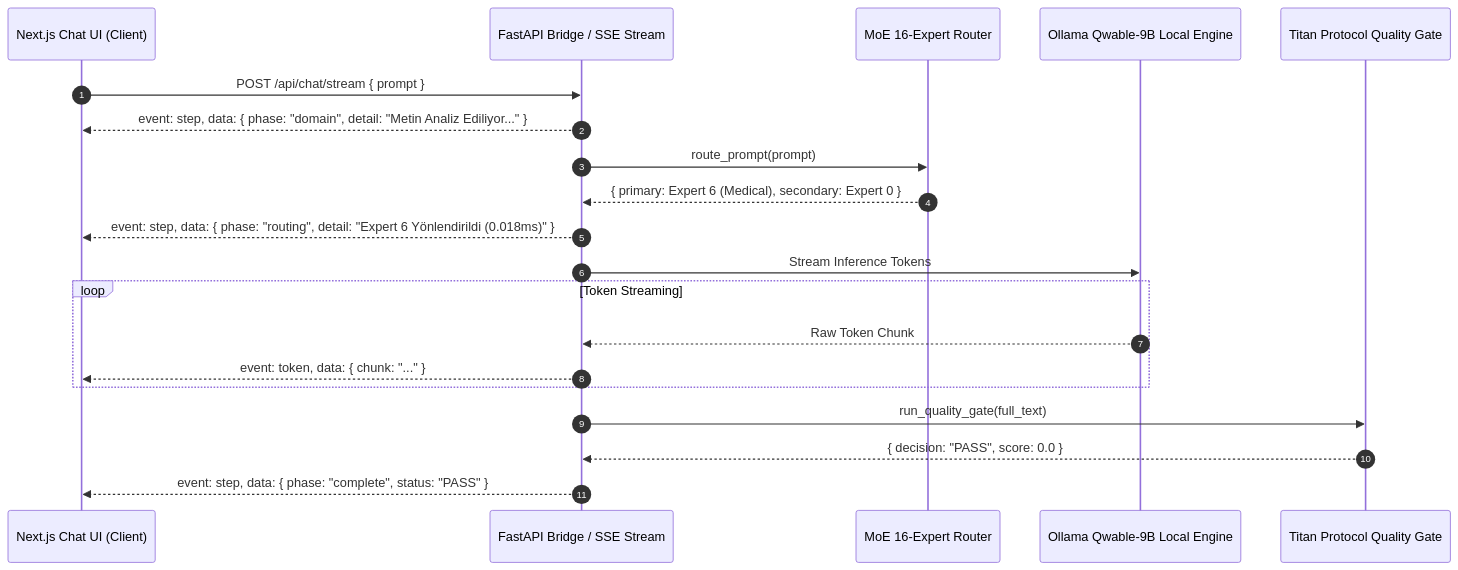
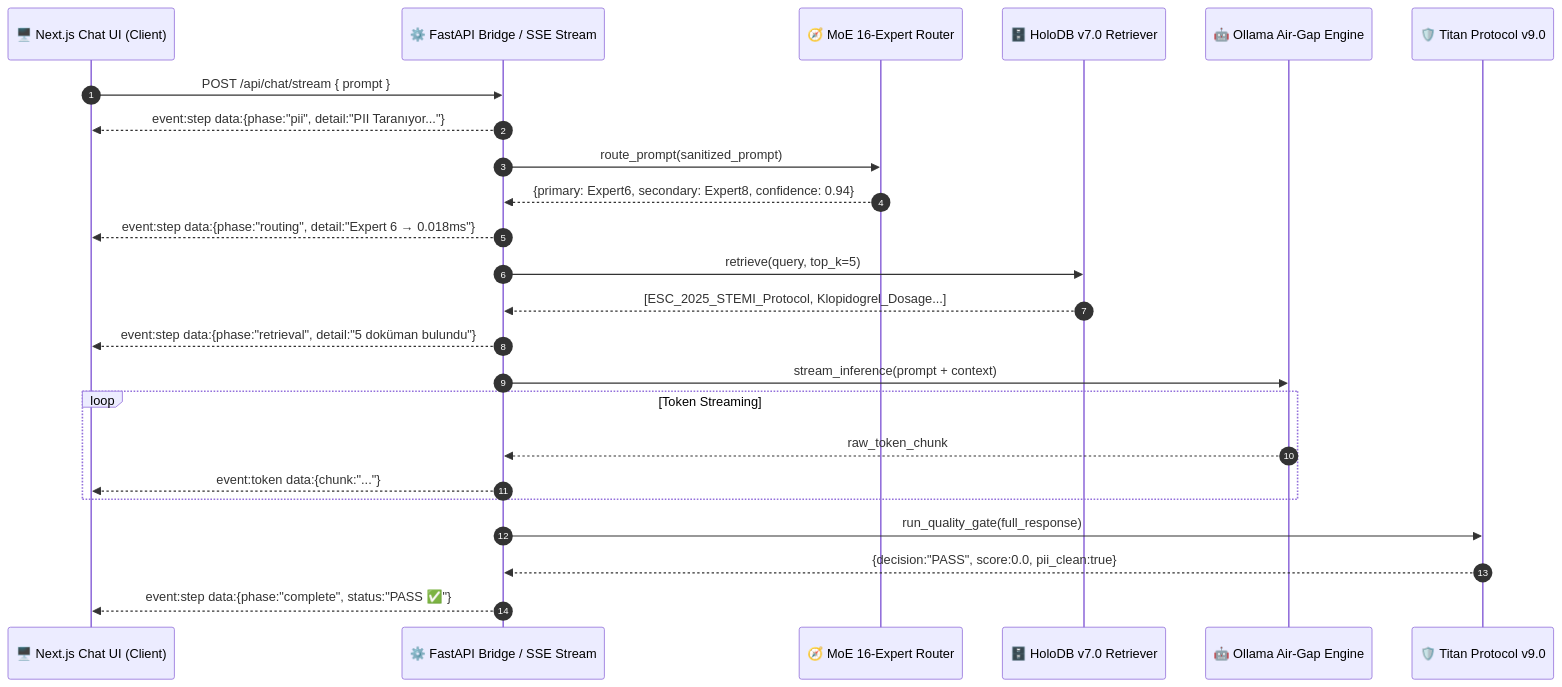
Before and after one commit to sakipfikrret/OmniEngine: the seventh of 7 diagrams in WHITEPAPER.md, drawn with Mermaid. The commit also changed other lines of this file, not shown here.

````diff
--- a/WHITEPAPER.md
+++ b/WHITEPAPER.md
@@ -198,25 +321,31 @@
 ```mermaid
 sequenceDiagram
     autonumber
-    participant UI as Next.js Chat UI (Client)
-    participant API as FastAPI Bridge / SSE Stream
-    participant Router as MoE 16-Expert Router
-    participant LLM as Ollama Qwable-9B Local Engine
-    participant Gate as Titan Protocol Quality Gate
+    participant UI as 🖥️ Next.js Chat UI (Client)
+    participant API as ⚙️ FastAPI Bridge / SSE Stream
+    participant Router as 🧭 MoE 16-Expert Router
+    participant HoloDB as 🗄️ HoloDB v7.0 Retriever
+    participant LLM as 🤖 Ollama Air-Gap Engine
+    participant Gate as 🛡️ Titan Protocol v9.0
 
     UI->>API: POST /api/chat/stream { prompt }
-    API-->>UI: event: step, data: { phase: "domain", detail: "Metin Analiz Ediliyor..." }
-    API->>Router: route_prompt(prompt)
-    Router-->>API: { primary: Expert 6 (Medical), secondary: Expert 0 }
-    API-->>UI: event: step, data: { phase: "routing", detail: "Expert 6 Yönlendirildi (0.018ms)" }
+    API-->>UI: event:step data:{phase:"pii", detail:"PII Taranıyor..."}
+    API->>Router: route_prompt(sanitized_prompt)
+    Router-->>API: {primary: Expert6, secondary: Expert8, confidence: 0.94}
+    API-->>UI: event:step data:{phase:"routing", detail:"Expert 6 → 0.018ms"}
     
-    API->>LLM: Stream Inference Tokens
+    API->>HoloDB: retrieve(query, top_k=5)
+    HoloDB-->>API: [ESC_2025_STEMI_Protocol, Klopidogrel_Dosage...]
+    API-->>UI: event:step data:{phase:"retrieval", detail:"5 doküman bulundu"}
+    
+    API->>LLM: stream_inference(prompt + context)
+    
     loop Token Streaming
-        LLM-->>API: Raw Token Chunk
-        API-->>UI: event: token, data: { chunk: "..." }
+        LLM-->>API: raw_token_chunk
+        API-->>UI: event:token data:{chunk:"..."}
     end
-    
-    API->>Gate: run_quality_gate(full_text)
-    Gate-->>API: { decision: "PASS", score: 0.0 }
-    API-->>UI: event: step, data: { phase: "complete", status: "PASS" }
+
+    API->>Gate: run_quality_gate(full_response)
+    Gate-->>API: {decision:"PASS", score:0.0, pii_clean:true}
+    API-->>UI: event:step data:{phase:"complete", status:"PASS ✅"}
 ```
````
